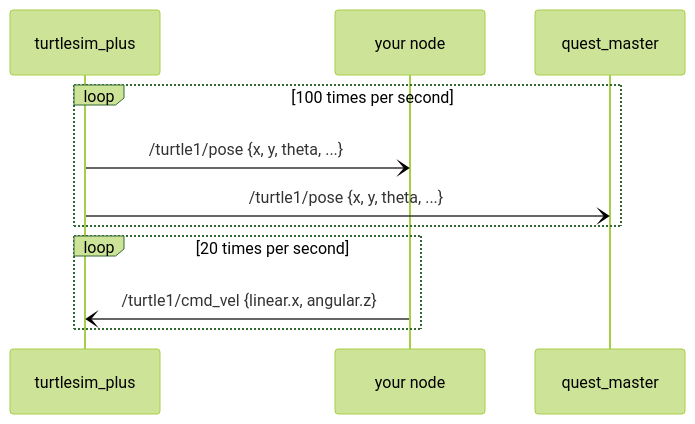
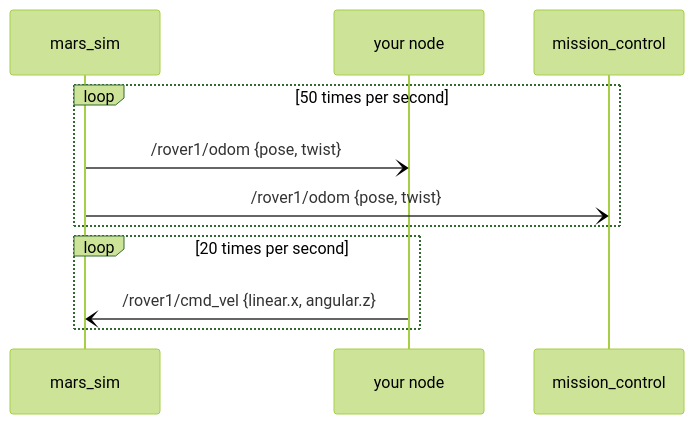
The third of 14 diagrams in ARCHITECTURE.md (kittinook/ros2_tutorial), drawn with Mermaid (forest theme) before and after one commit. The commit also changed other lines of this file and 183 other files, not shown here.

First line of the commit message:
Replace Turtle Quest with Mars Rover Academy

````diff
--- a/ARCHITECTURE.md
+++ b/ARCHITECTURE.md
@@ -81,13 +83,13 @@
 ```mermaid
 sequenceDiagram
-    participant Sim as turtlesim_plus
+    participant Sim as mars_sim
     participant You as your node
-    participant QM as quest_master
-    loop 100 times per second
-        Sim-)You: /turtle1/pose {x, y, theta, ...}
-        Sim-)QM: /turtle1/pose {x, y, theta, ...}
+    participant MC as mission_control
+    loop 50 times per second
+        Sim-)You: /rover1/odom {pose, twist}
+        Sim-)MC: /rover1/odom {pose, twist}
     end
     loop 20 times per second
-        You-)Sim: /turtle1/cmd_vel {linear.x, angular.z}
+        You-)Sim: /rover1/cmd_vel {linear.x, angular.z}
     end
 ```
````
